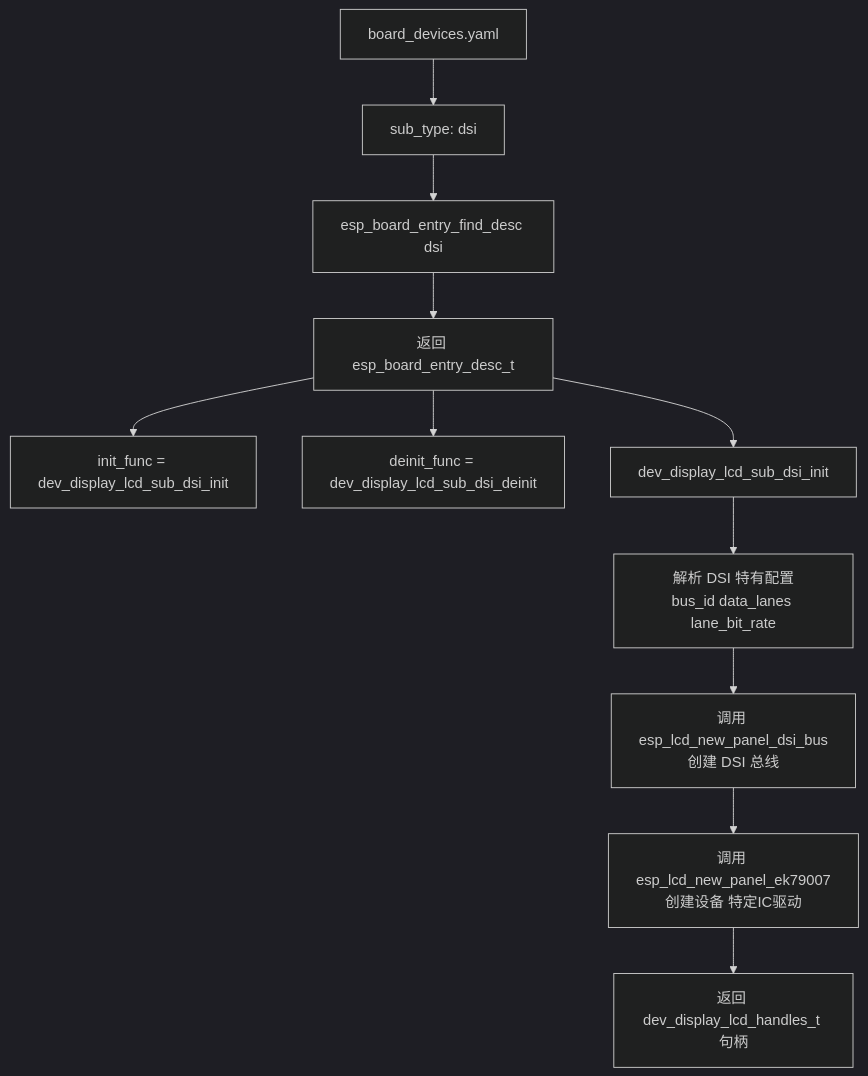
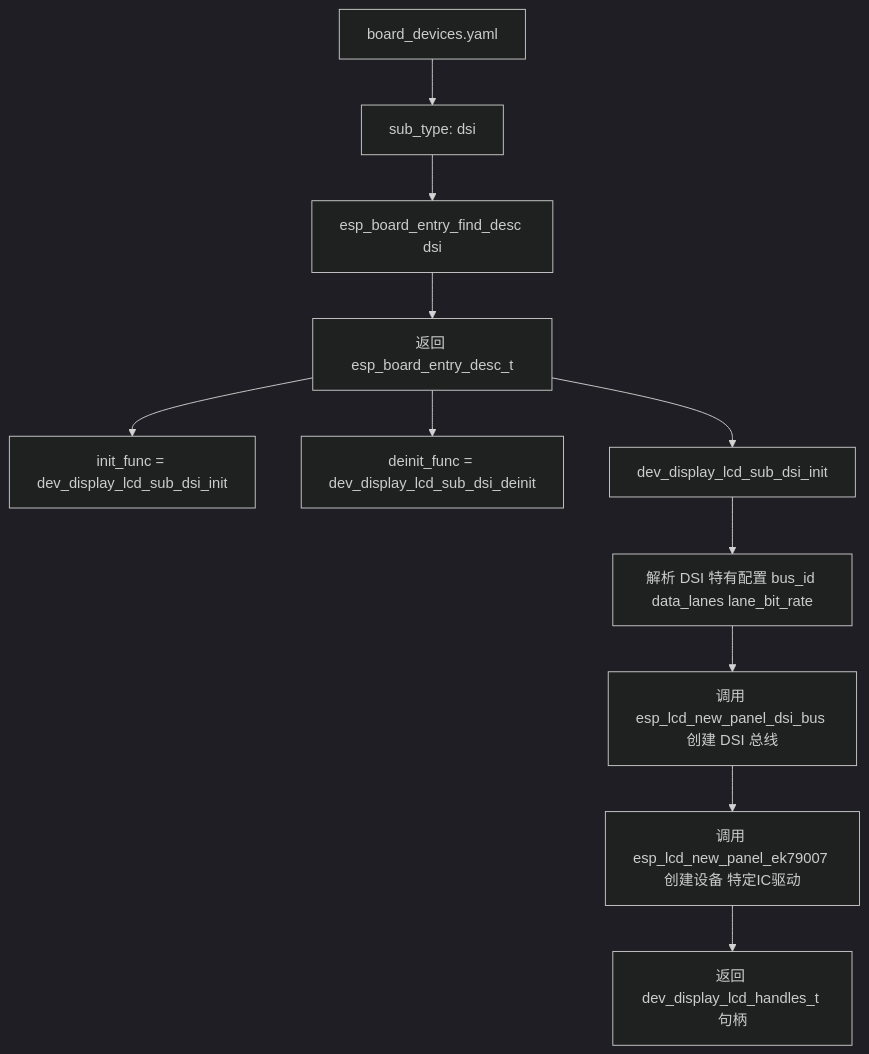
One commit to diskman88/gmf_board_manager_docs changed the eighth of 9 diagrams in index.md. Above: the diagram before and after it, drawn with Mermaid (dark theme). The commit also changed other lines of this file, not shown here.

````diff
--- a/index.md
+++ b/index.md
@@ -647,14 +647,14 @@
 ```mermaid
 flowchart TD
     A[board_devices.yaml] --> A1[sub_type: dsi]
     A1 --> B[esp_board_entry_find_desc dsi]
     B --> B1[返回 esp_board_entry_desc_t]
     B1 --> B2[init_func = dev_display_lcd_sub_dsi_init]
     B1 --> B3[deinit_func = dev_display_lcd_sub_dsi_deinit]
     
     B1 --> C[dev_display_lcd_sub_dsi_init]
-    C --> C1[解析 DSI 特有配置\nbus_id data_lanes lane_bit_rate]
-    C1 --> C2[调用 esp_lcd_new_panel_dsi_bus\n创建 DSI 总线]
-    C2 --> C3[调用 esp_lcd_new_panel_ek79007\n创建设备 特定IC驱动]
+    C --> C1[解析 DSI 特有配置 bus_id data_lanes lane_bit_rate]
+    C1 --> C2[调用 esp_lcd_new_panel_dsi_bus 创建 DSI 总线]
+    C2 --> C3[调用 esp_lcd_new_panel_ek79007 创建设备 特定IC驱动]
     C3 --> C4[返回 dev_display_lcd_handles_t 句柄]
 ```
````
